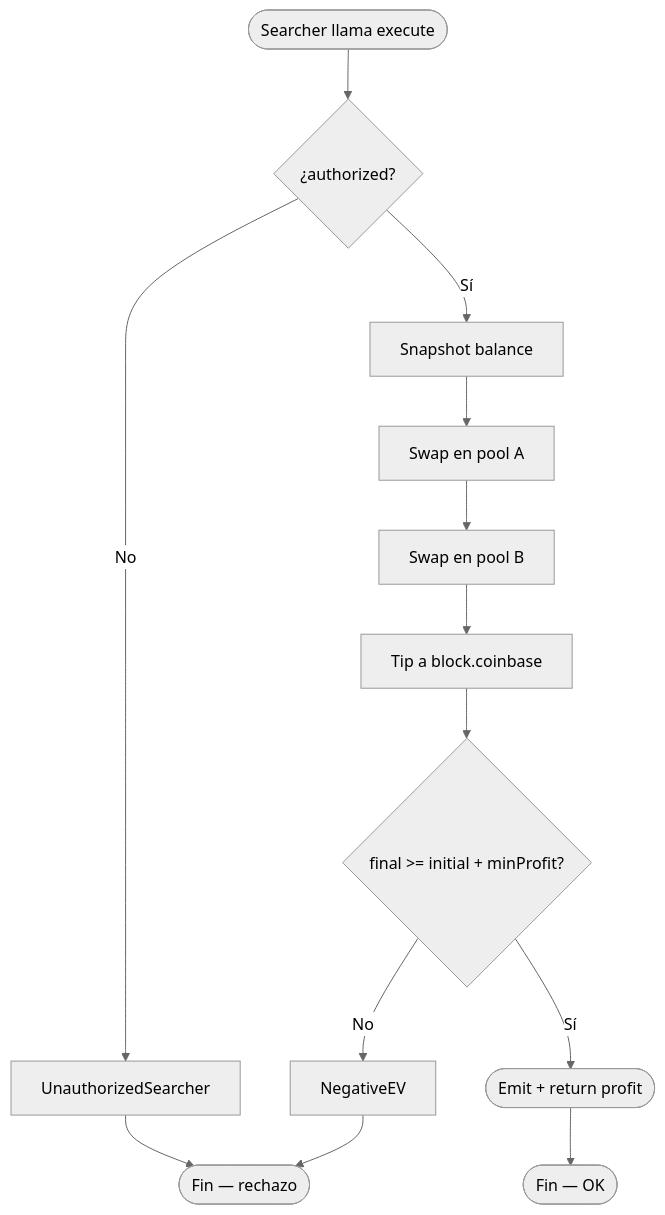
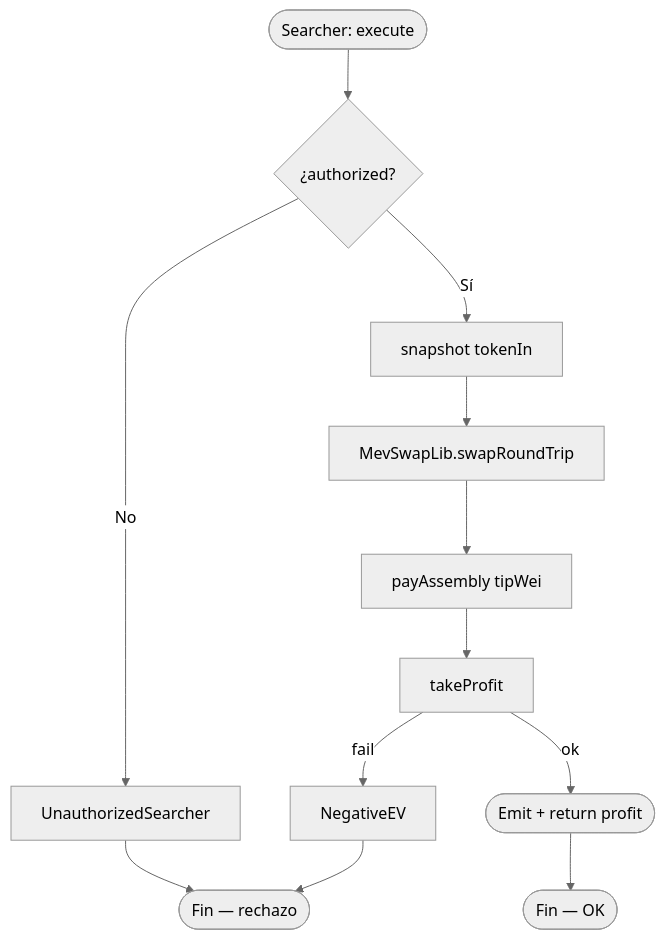
One commit to rastrahm/mev-hft-infra changed the third of 9 diagrams in doc/flujograma.md. Above: the diagram before and after it, drawn with Mermaid (neutral theme). The commit also changed other lines of this file and 5 other files, not shown here.

````diff
--- a/doc/flujograma.md
+++ b/doc/flujograma.md
@@ -58,15 +59,14 @@
 ```mermaid
 flowchart TD
-    Start([Searcher llama execute]) --> Auth{¿authorized?}
+    Start([Searcher: execute]) --> Auth{¿authorized?}
     Auth -->|No| ErrU[UnauthorizedSearcher]
-    Auth -->|Sí| Snap[Snapshot balance]
-    Snap --> S1[Swap en pool A]
-    S1 --> S2[Swap en pool B]
-    S2 --> Tip[Tip a block.coinbase]
-    Tip --> Check{final >= initial + minProfit?}
-    Check -->|No| ErrN[NegativeEV]
-    Check -->|Sí| Ok([Emit + return profit])
+    Auth -->|Sí| Snap[snapshot tokenIn]
+    Snap --> RT[MevSwapLib.swapRoundTrip]
+    RT --> Tip[payAssembly tipWei]
+    Tip --> Check[takeProfit]
+    Check -->|fail| ErrN[NegativeEV]
+    Check -->|ok| Ok([Emit + return profit])
     ErrU --> Fail([Fin — rechazo])
     ErrN --> Fail
     Ok --> Success([Fin — OK])
 ```
````
